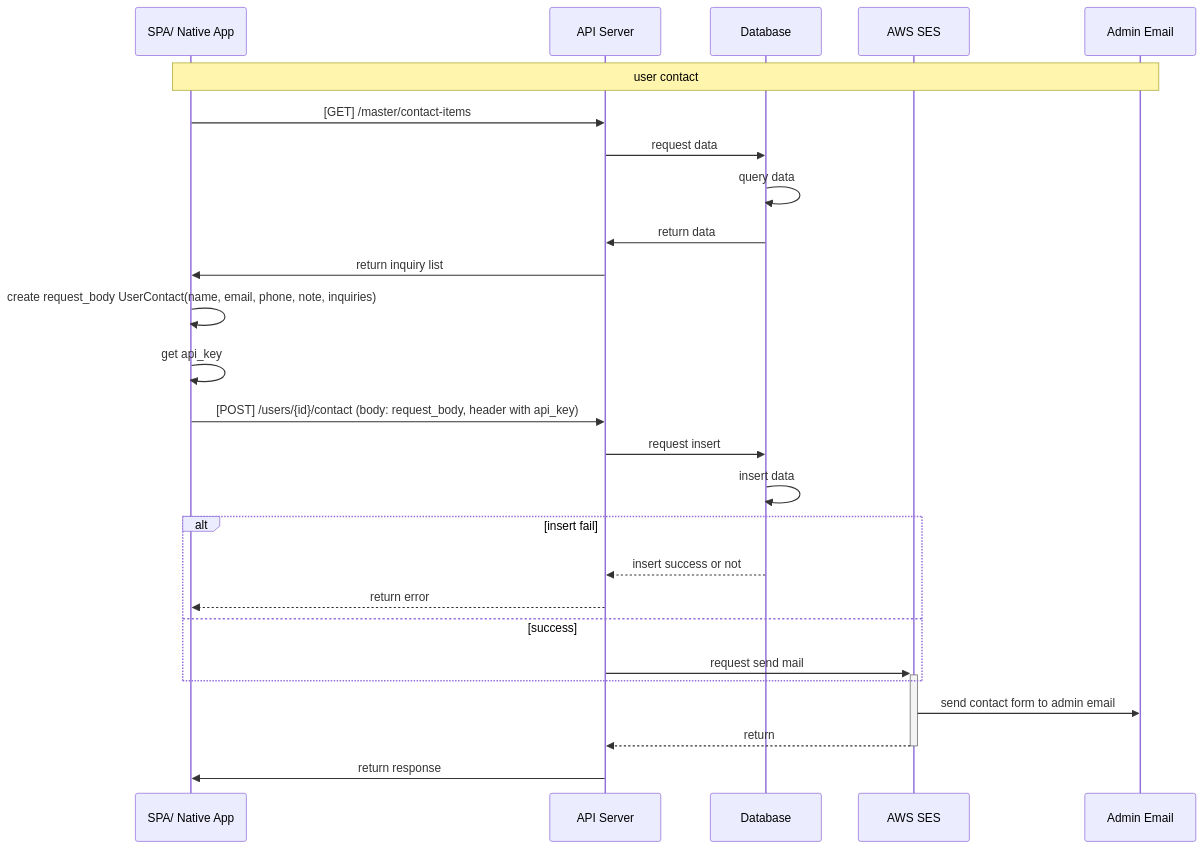
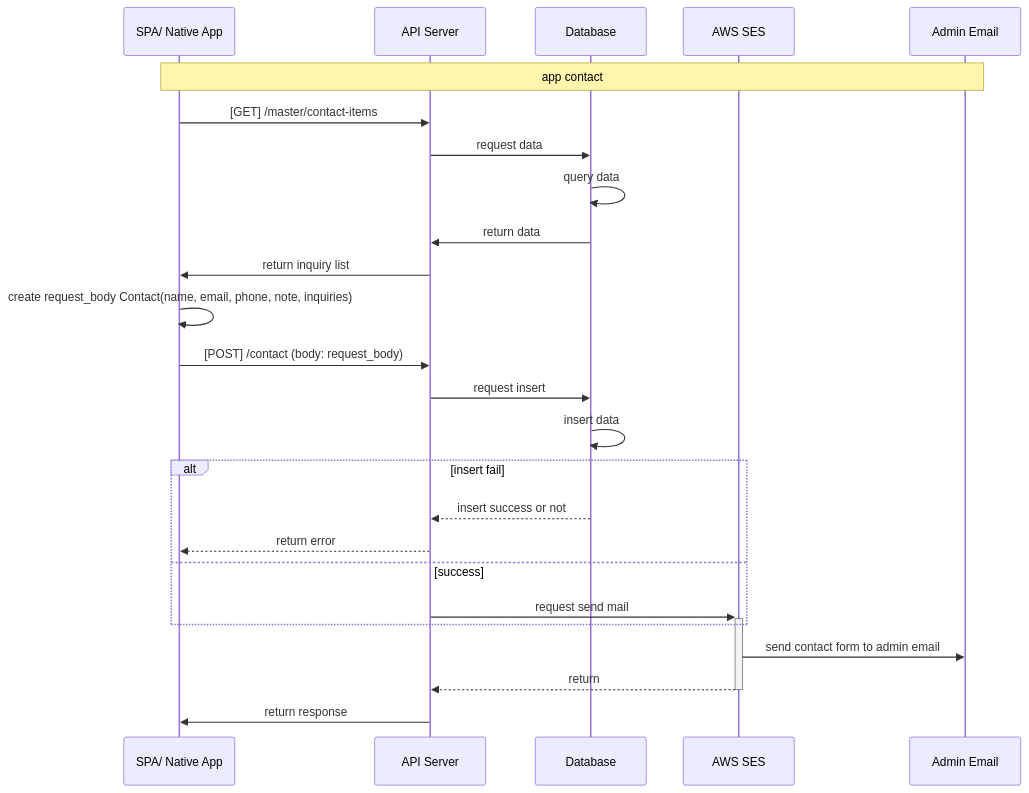
Before and after one commit to tunglampd/cicd_test: the third of 3 diagrams in README.md, drawn with Mermaid.

````diff
--- a/README.md
+++ b/README.md
@@ -81,32 +83,33 @@
 ```mermaid
 sequenceDiagram    
+
     participant Webapp as SPA/ Native App
     participant Server as API Server 
     participant DB as Database
     participant AS as AWS SES
     participant AE as Admin Email
-
-    Note over Webapp, AE: user contact
+    
+    Note over Webapp, AE: app contact
 
     Webapp->>Server: [GET] /master/contact-items
     Server->>DB: request data
     DB->>DB: query data
     DB->>Server: return data
     Server->>Webapp: return inquiry list
-
-    Webapp->>Webapp: create request_body UserContact(name, email, phone, note, inquiries)
-    Webapp->>Webapp: get api_key
-    Webapp->>Server: [POST] /users/{id}/contact (body: request_body, header with api_key)
+    
+    Webapp->>Webapp: create request_body Contact(name, email, phone, note, inquiries)
+    Webapp->>Server: [POST] /contact (body: request_body)
     Server->>DB: request insert
     DB->>DB: insert data
     alt insert fail
-    DB-->> Server: insert success or not
+    DB-->>Server: insert success or not
     Server-->>Webapp: return error
     else success
-
-    Server->>+ AS: request send mail
+    
+    Server->>+AS: request send mail
     end
     AS->>AE: send contact form to admin email
-    AS-->>- Server: return 
+    AS-->>-Server: return 
     Server->> Webapp: return response
+
 ```
````
